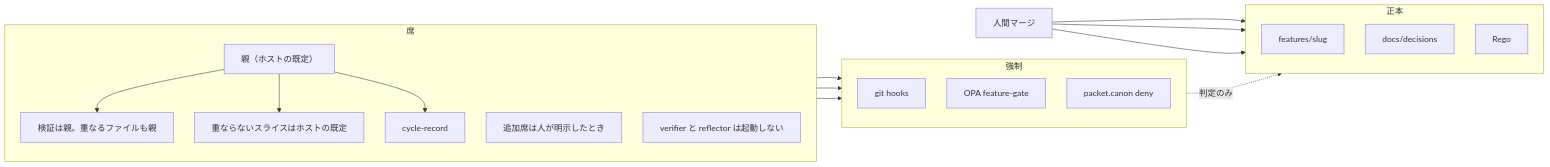
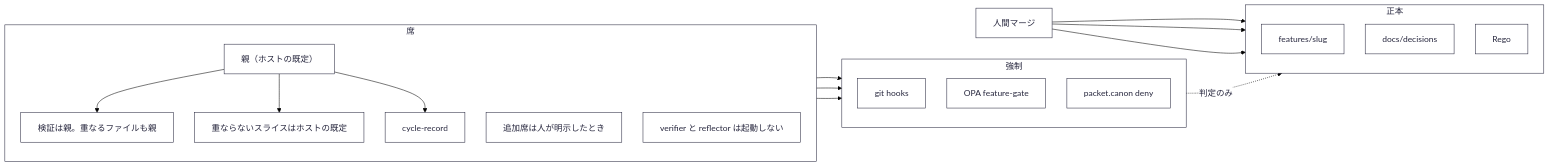
The diagram in docs/architecture/runtime-overview.mmd (marumo333/SuiteLLM), drawn with Mermaid before and after one commit. The commit also changed 10 other files, not shown here.

First line of the commit message:
docs: アーキテクチャ図を自己改善図のデザインに揃える

```diff
--- a/docs/architecture/runtime-overview.mmd
+++ b/docs/architecture/runtime-overview.mmd
@@ -1,36 +1,36 @@
-%%{init: {"flowchart": {"useMaxWidth": false, "htmlLabels": true, "wrappingWidth": 280, "padding": 16, "nodeSpacing": 40, "rankSpacing": 48, "diagramPadding": 28}}}%%
+%%{init: {"theme":"base","themeVariables":{"background":"#ffffff","primaryColor":"#ffffff","primaryTextColor":"#26263d","primaryBorderColor":"#26263d","lineColor":"#000000","textColor":"#26263d","mainBkg":"#ffffff","nodeBorder":"#26263d","clusterBkg":"#ffffff","clusterBorder":"#26263d","titleColor":"#26263d","edgeLabelBackground":"#ffffff","fontFamily":"WenQuanYi Micro Hei, sans-serif","fontSize":"16px"},"themeCSS":".node rect,.node polygon,.node circle,.node ellipse{filter:drop-shadow(4px 4px 0 #f0f0f0);stroke:#26263d;stroke-width:2px;fill:#ffffff}.cluster rect{fill:#ffffff;stroke:#26263d;stroke-width:1.5px}.flowchart-link{stroke:#000000;stroke-width:2px}.edge-thickness-thick{stroke-width:3.5px}.edge-pattern-dashed,.edge-pattern-dotted{stroke-dasharray:12 8}","flowchart":{"useMaxWidth":false,"htmlLabels":true,"wrappingWidth":280,"padding":16,"nodeSpacing":40,"rankSpacing":48,"diagramPadding":28,"curve":"basis"}}}%%
 flowchart LR
   subgraph seats["席"]
     direction TB
     G["親（ホストの既定）"]
     IMP["検証は親。重なるファイルも親"]
     PAR["重ならないスライスはホストの既定"]
     Rec["cycle-record"]
     BA["追加席は人が明示したとき"]
     OFF["verifier と reflector は起動しない"]
   end
 
   subgraph force["強制"]
     direction TB
     Hook["git hooks"]
     Gate["OPA feature-gate"]
     Packet["packet.canon deny"]
   end
 
   subgraph canon["正本"]
     direction TB
     Beh["features/slug"]
     Docs["docs/decisions"]
     Policy["Rego"]
   end
 
   G --> IMP
   G --> PAR
   IMP --> Hook
   IMP --> Gate
   Gate -.->|"判定のみ"| Policy
   G --> Rec
   Rec --> Packet["packet.canon deny"]
   HM["人間マージ"] --> Beh
   HM --> Docs
   HM --> Policy
```
